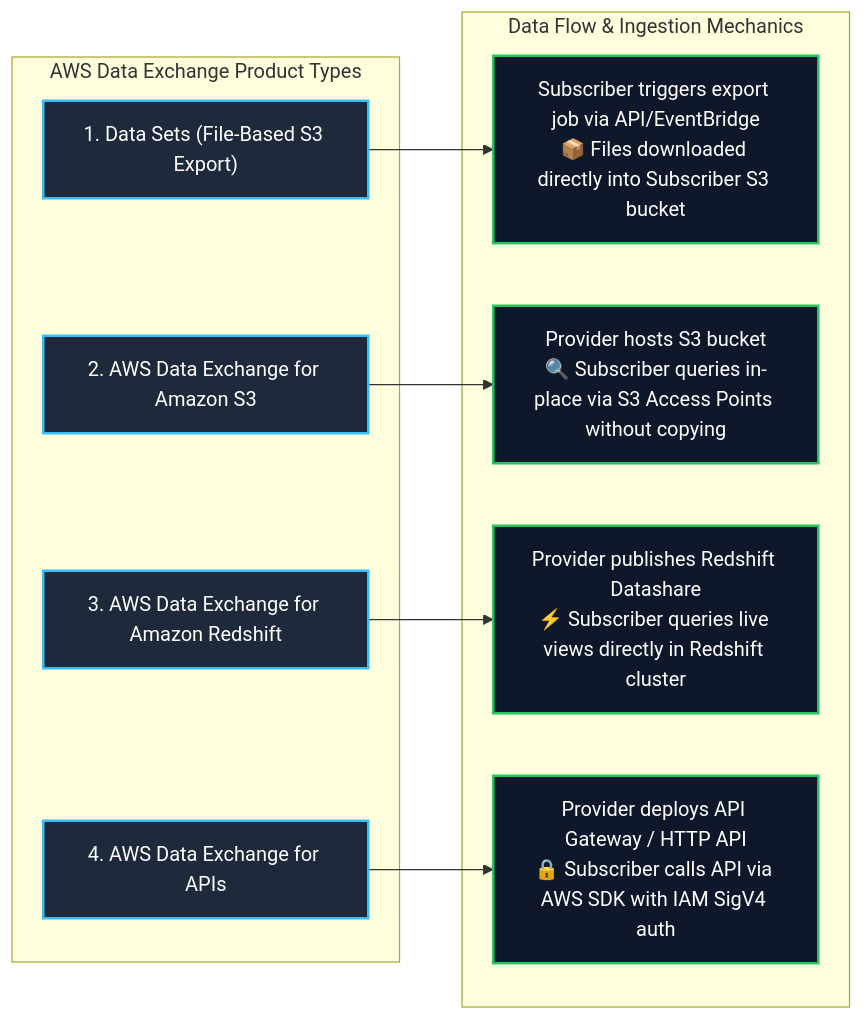
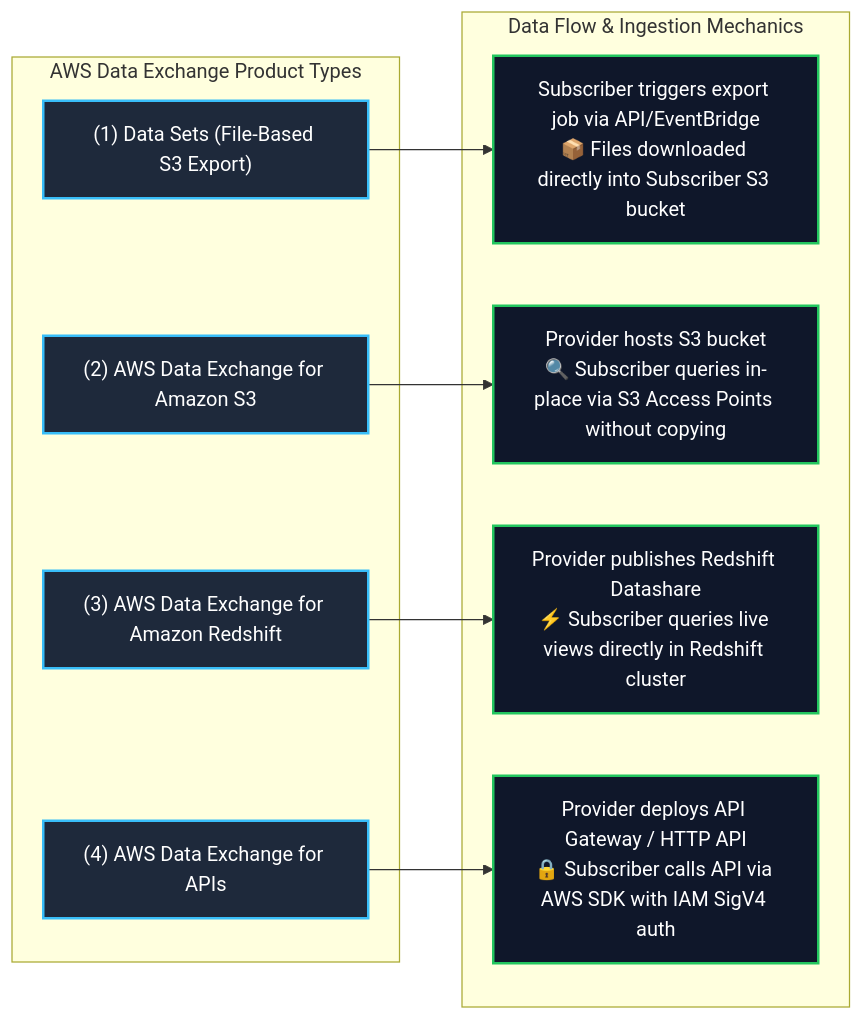
The second of 3 diagrams in content/02-services/migration/data-exchange.md (Wathon/aws-dea-c01-note), drawn with Mermaid before and after one commit. The commit also changed other lines of this file and 19 other files, not shown here.

Commit message:
fix(mermaid): resolve 'Unsupported markdown: list' rendering issues across all diagram node and edge labels

````diff
--- a/content/02-services/migration/data-exchange.md
+++ b/content/02-services/migration/data-exchange.md
@@ -97,27 +97,27 @@
 ```mermaid
 graph LR
     subgraph Modalities["AWS Data Exchange Product Types"]
-        P1["1. Data Sets (File-Based S3 Export)"]
-        P2["2. AWS Data Exchange for Amazon S3"]
-        P3["3. AWS Data Exchange for Amazon Redshift"]
-        P4["4. AWS Data Exchange for APIs"]
+        P1["(1) Data Sets (File-Based S3 Export)"]
+        P2["(2) AWS Data Exchange for Amazon S3"]
+        P3["(3) AWS Data Exchange for Amazon Redshift"]
+        P4["(4) AWS Data Exchange for APIs"]
     end
 
     subgraph Mechanics["Data Flow & Ingestion Mechanics"]
         M1["Subscriber triggers export job via API/EventBridge<br/>📦 Files downloaded directly into Subscriber S3 bucket"]
         M2["Provider hosts S3 bucket<br/>🔍 Subscriber queries in-place via S3 Access Points without copying"]
         M3["Provider publishes Redshift Datashare<br/>⚡ Subscriber queries live views directly in Redshift cluster"]
         M4["Provider deploys API Gateway / HTTP API<br/>🔒 Subscriber calls API via AWS SDK with IAM SigV4 auth"]
     end
 
     P1 --> M1
     P2 --> M2
     P3 --> M3
     P4 --> M4
 
     classDef prod fill:#1e293b,stroke:#38bdf8,stroke-width:2px,color:#fff;
     classDef mech fill:#0f172a,stroke:#22c55e,stroke-width:2px,color:#fff;
 
     class P1,P2,P3,P4 prod;
     class M1,M2,M3,M4 mech;
 ```
````
